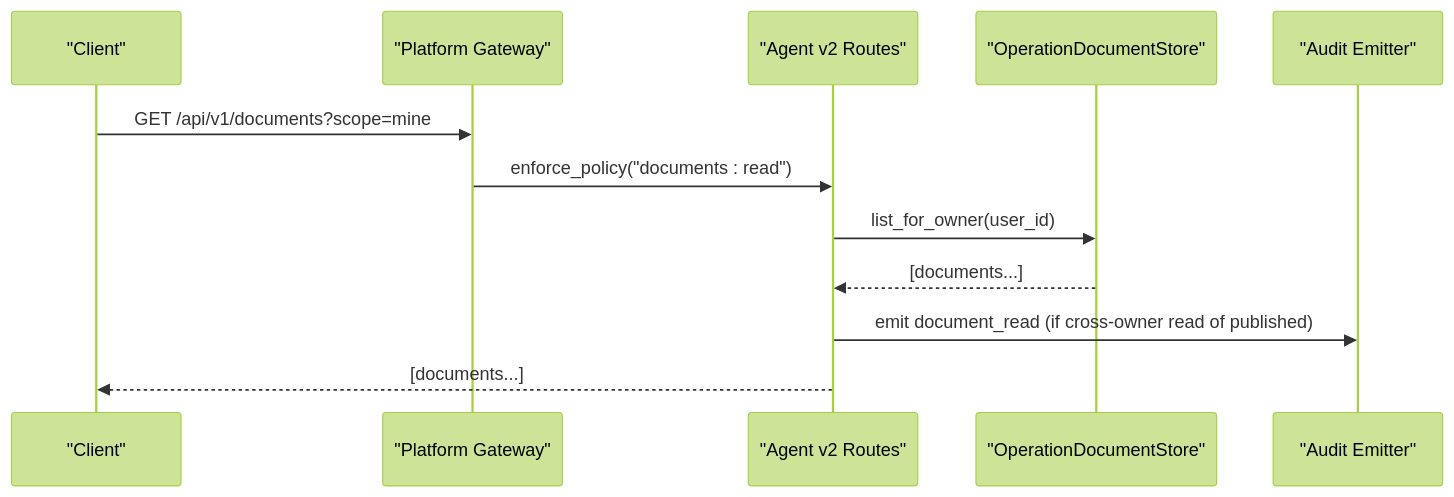
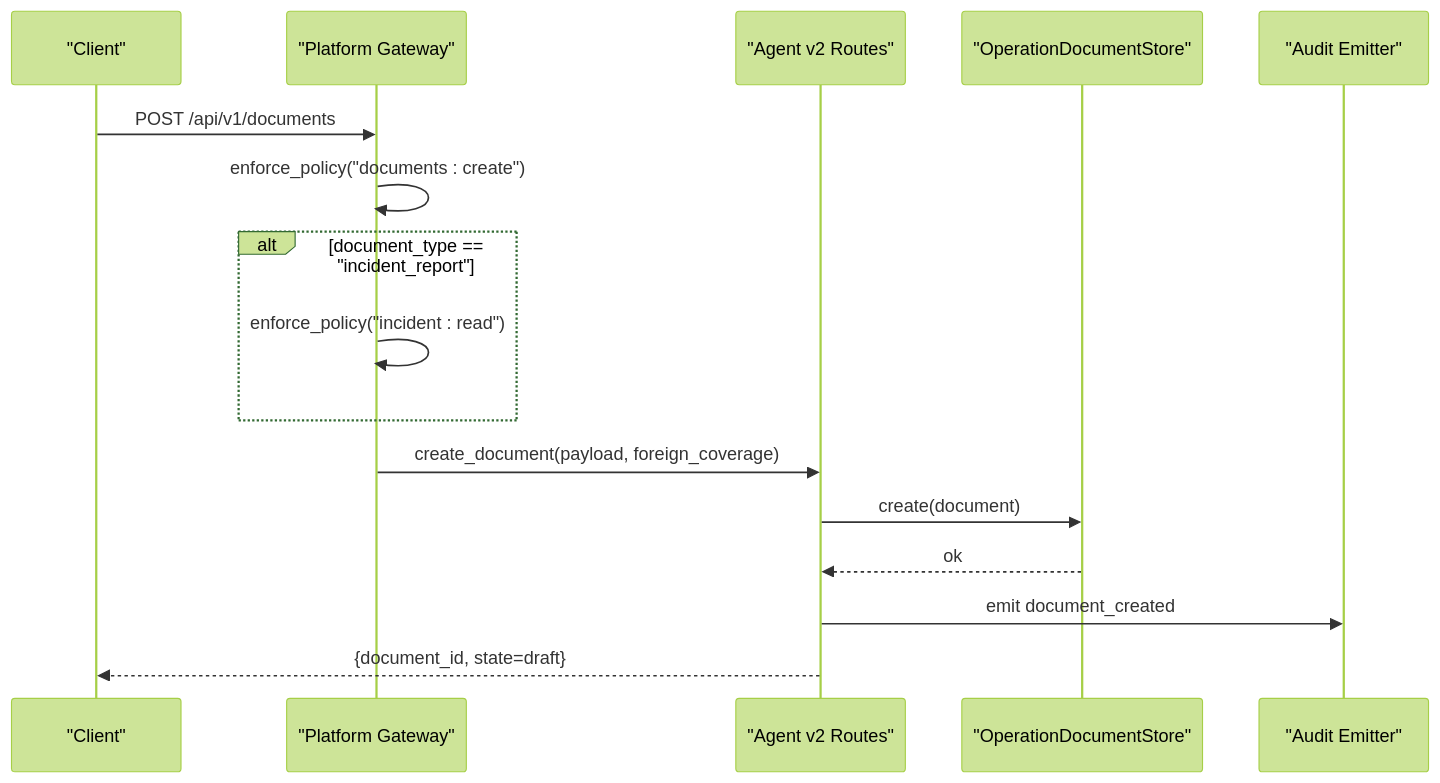
Before and after one commit to metasync/luban-aiops: the eighth of 10 diagrams in .qoder/repowiki/en/content/Architecture Documentation/SPEC-039_ Operations Document Repository Specification.md, drawn with Mermaid (forest theme). The commit also changed other lines of this file and 72 other files, not shown here.

````diff
--- a/.qoder/repowiki/en/content/Architecture Documentation/SPEC-039_ Operations Document Repository Specification.md
+++ b/.qoder/repowiki/en/content/Architecture Documentation/SPEC-039_ Operations Document Repository Specification.md
@@ -275,14 +385,18 @@
 ```mermaid
 sequenceDiagram
 participant Client as "Client"
 participant Gateway as "Platform Gateway"
 participant Routes as "Agent v2 Routes"
 participant Store as "OperationDocumentStore"
 participant Audit as "Audit Emitter"
-Client->>Gateway : GET /api/v1/documents?scope=mine
-Gateway->>Routes : enforce_policy("documents : read")
-Routes->>Store : list_for_owner(user_id)
-Store-->>Routes : [documents...]
-Routes->>Audit : emit document_read (if cross-owner read of published)
-Routes-->>Client : [documents...]
+Client->>Gateway : POST /api/v1/documents
+Gateway->>Gateway : enforce_policy("documents : create")
+alt document_type == "incident_report"
+Gateway->>Gateway : enforce_policy("incident : read")
+end
+Gateway->>Routes : create_document(payload, foreign_coverage)
+Routes->>Store : create(document)
+Store-->>Routes : ok
+Routes->>Audit : emit document_created
+Routes-->>Client : {document_id, state=draft}
 ```
````
